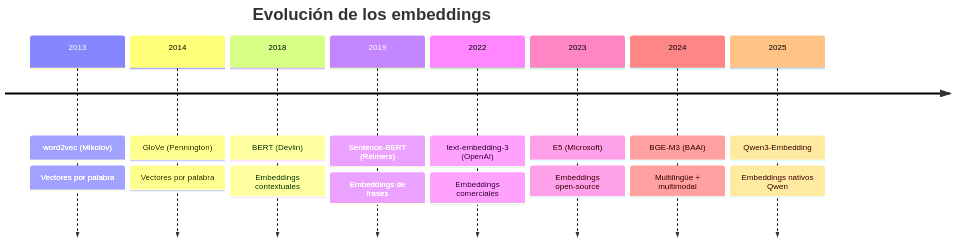
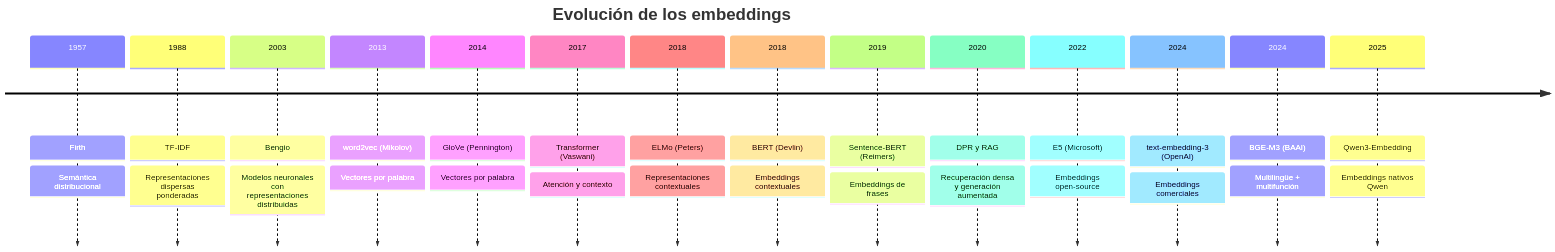
Before and after one commit to Adamychen/m10_quarto: the first of 2 diagrams in bloque1/01c-embeddings.qmd, drawn with Mermaid. The commit also changed other lines of this file and 70 other files, not shown here.

````diff
--- a/bloque1/01c-embeddings.qmd
+++ b/bloque1/01c-embeddings.qmd
@@ -39,12 +65,18 @@
 ```{mermaid}
 timeline
     title Evolución de los embeddings
+    1957 : Firth : Semántica distribucional
+    1988 : TF-IDF : Representaciones dispersas ponderadas
+    2003 : Bengio : Modelos neuronales con representaciones distribuidas
     2013 : word2vec (Mikolov) : Vectores por palabra
     2014 : GloVe (Pennington) : Vectores por palabra
+    2017 : Transformer (Vaswani) : Atención y contexto
+    2018 : ELMo (Peters) : Representaciones contextuales
     2018 : BERT (Devlin) : Embeddings contextuales
     2019 : Sentence-BERT (Reimers) : Embeddings de frases
-    2022 : text-embedding-3 (OpenAI) : Embeddings comerciales
-    2023 : E5 (Microsoft) : Embeddings open-source
-    2024 : BGE-M3 (BAAI) : Multilingüe + multimodal
-     2025 : Qwen3-Embedding : Embeddings nativos Qwen
+    2020 : DPR y RAG : Recuperación densa y generación aumentada
+    2022 : E5 (Microsoft) : Embeddings open-source
+    2024 : text-embedding-3 (OpenAI) : Embeddings comerciales
+    2024 : BGE-M3 (BAAI) : Multilingüe + multifunción
+    2025 : Qwen3-Embedding : Embeddings nativos Qwen
 ```
````
